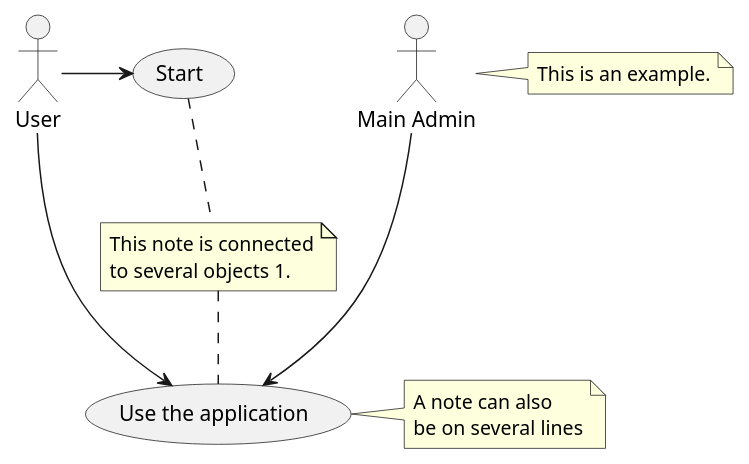
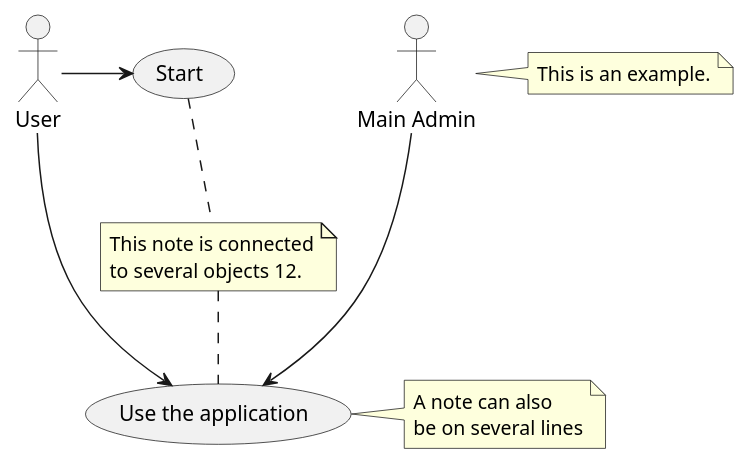
The diagram in plant1.puml (AKStratus/plantuml_diagrams), drawn with PlantUML before and after one commit.

Commit message:
Update plant1.puml
fs

```diff
--- a/plant1.puml
+++ b/plant1.puml
@@ -1,17 +1,17 @@
 @startuml
 
     :Main Admin: as Admin
     (Use the application) as (Use)
     User -> (Start)
     User --> (Use)
     Admin ---> (Use)
     note right of Admin : This is an example.
     note right of (Use)
     A note can also
     be on several lines
     end note
-    note "This note is connected\nto several objects 1." as N2
+    note "This note is connected\nto several objects 12." as N2
     (Start) .. N2
     N2 .. (Use)
 
     @enduml
```
